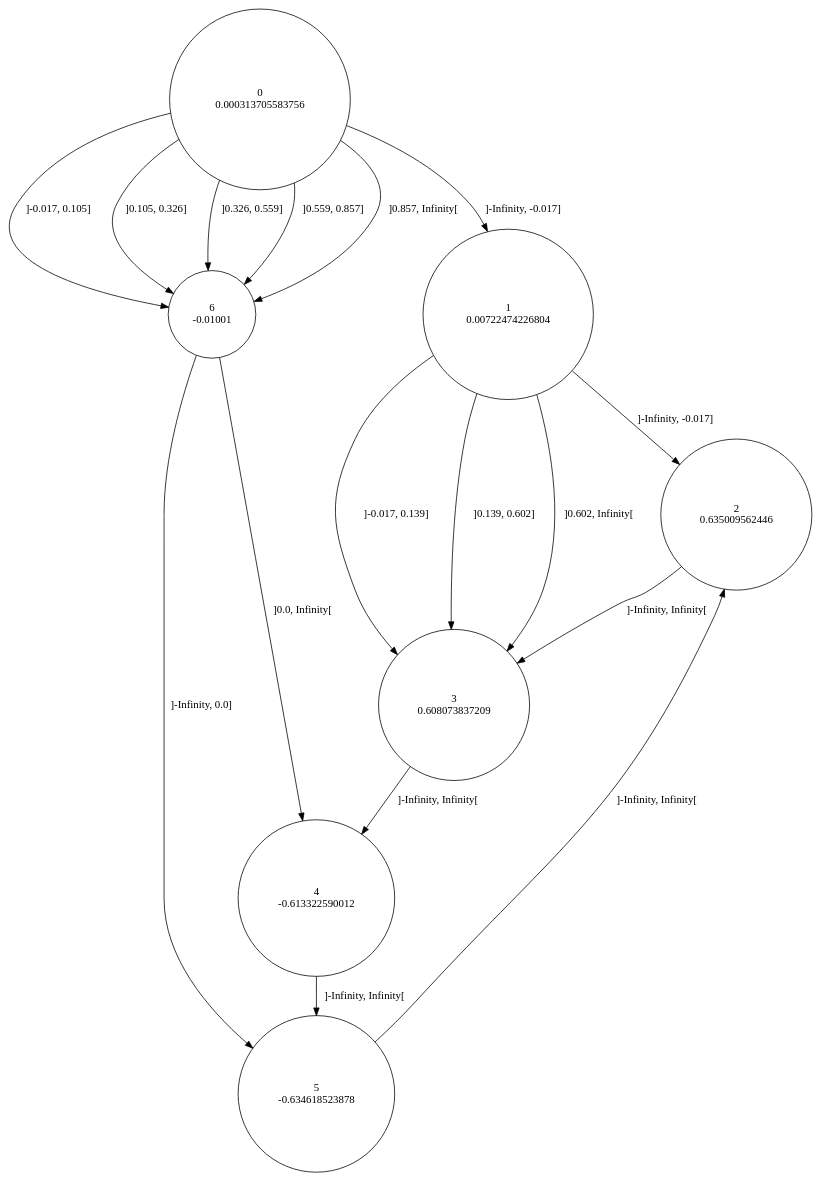
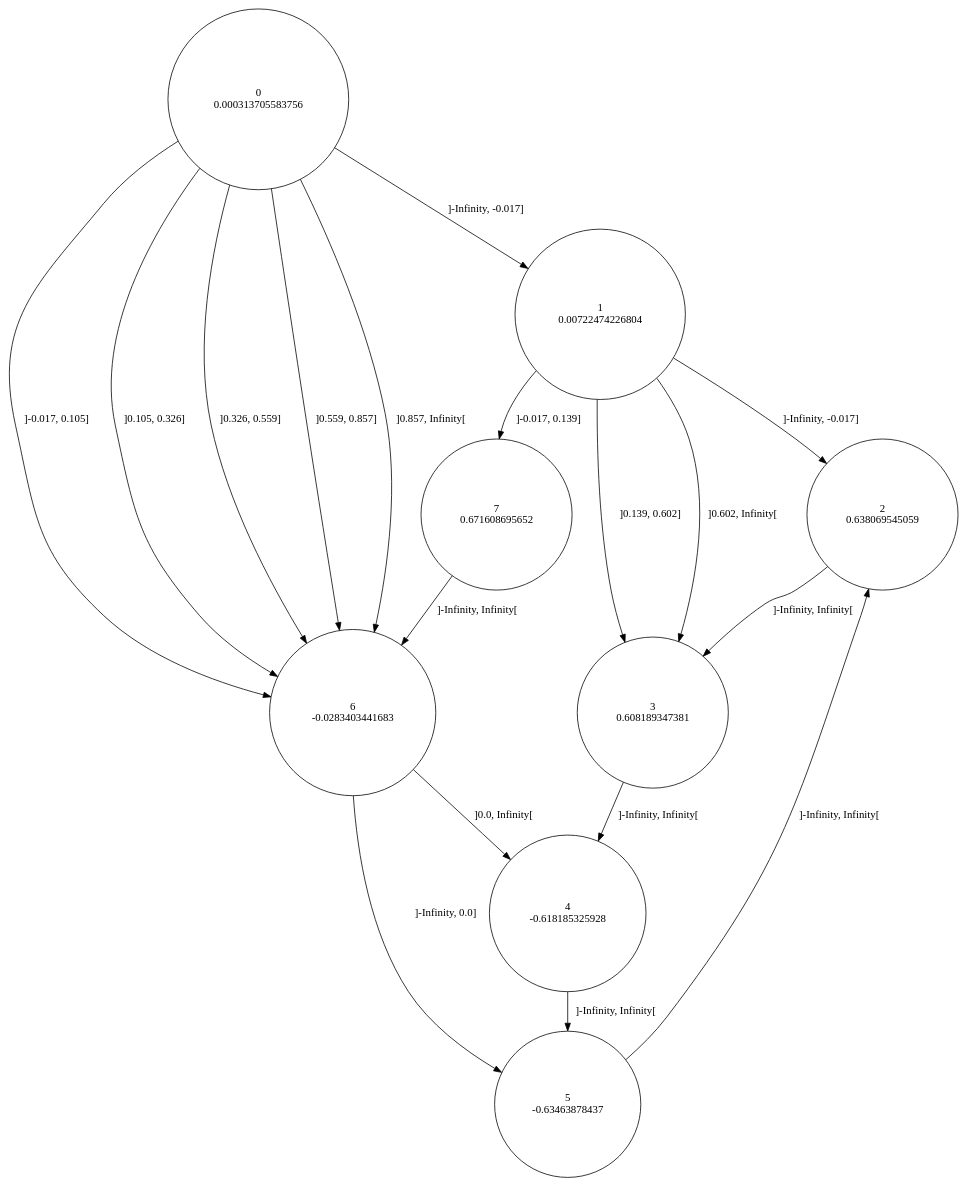
The diagram in sinus/data/5/rtitm.dot (gllpellegrino/RAI_experiments), drawn with Graphviz before and after one commit. The commit also changed 168 other files, not shown here.

```diff
--- a/sinus/data/5/rtitm.dot
+++ b/sinus/data/5/rtitm.dot
@@ -1,25 +1,27 @@
 digraph a {
 0 [shape=circle, label="0\n0.000313705583756"];
 	0 -> 1 [label="]-Infinity, -0.017]"];
 	0 -> 6 [label="]-0.017, 0.105]"];
 	0 -> 6 [label="]0.105, 0.326]"];
 	0 -> 6 [label="]0.326, 0.559]"];
 	0 -> 6 [label="]0.559, 0.857]"];
 	0 -> 6 [label="]0.857, Infinity["];
 1 [shape=circle, label="1\n0.00722474226804"];
 	1 -> 2 [label="]-Infinity, -0.017]"];
-	1 -> 3 [label="]-0.017, 0.139]"];
+	1 -> 7 [label="]-0.017, 0.139]"];
 	1 -> 3 [label="]0.139, 0.602]"];
 	1 -> 3 [label="]0.602, Infinity["];
-2 [shape=circle, label="2\n0.635009562446"];
+2 [shape=circle, label="2\n0.638069545059"];
 	2 -> 3 [label="]-Infinity, Infinity["];
-3 [shape=circle, label="3\n0.608073837209"];
+3 [shape=circle, label="3\n0.608189347381"];
 	3 -> 4 [label="]-Infinity, Infinity["];
-4 [shape=circle, label="4\n-0.613322590012"];
+4 [shape=circle, label="4\n-0.618185325928"];
 	4 -> 5 [label="]-Infinity, Infinity["];
-5 [shape=circle, label="5\n-0.634618523878"];
+5 [shape=circle, label="5\n-0.63463878437"];
 	5 -> 2 [label="]-Infinity, Infinity["];
-6 [shape=circle, label="6\n-0.01001"];
+6 [shape=circle, label="6\n-0.0283403441683"];
 	6 -> 5 [label="]-Infinity, 0.0]"];
 	6 -> 4 [label="]0.0, Infinity["];
+7 [shape=circle, label="7\n0.671608695652"];
+	7 -> 6 [label="]-Infinity, Infinity["];
 }
```
